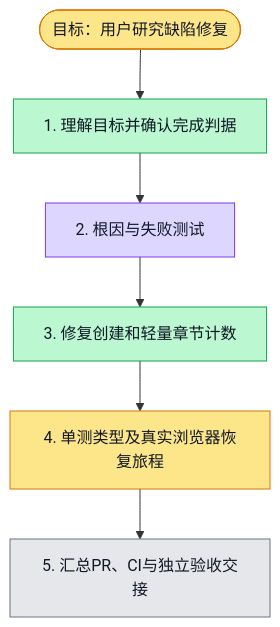
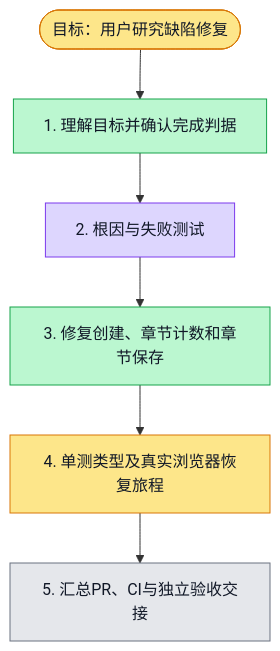
Before and after one commit to boardx/workspacex: the diagram in docs/verification/5056-research-fixes-plan.md, drawn with Mermaid. The commit also changed other lines of this file and 6 other files, not shown here.

````diff
--- a/docs/verification/5056-research-fixes-plan.md
+++ b/docs/verification/5056-research-fixes-plan.md
@@ -17,25 +17,25 @@
 ```mermaid
 flowchart TD
   G([目标：用户研究缺陷修复])
   S1[1. 理解目标并确认完成判据]
   S2[2. 根因与失败测试]
-  S3[3. 修复创建和轻量章节计数]
+  S3[3. 修复创建、章节计数和章节保存]
   S4[4. 单测类型及真实浏览器恢复旅程]
   S5[5. 汇总PR、CI与独立验收交接]
 
   G --> S1 --> S2 --> S3 --> S4 --> S5
 
   classDef todo fill:#e5e7eb,stroke:#6b7280,color:#111827
   classDef doing fill:#fde68a,stroke:#d97706,color:#111827
   classDef done fill:#bbf7d0,stroke:#16a34a,color:#111827
   classDef tested fill:#ddd6fe,stroke:#7c3aed,color:#111827
   classDef blocked fill:#fecaca,stroke:#dc2626,color:#111827
 
   class G doing
   class S1 done
   class S2 tested
   %% evidence S2: 创建/计数修复前失败测试已运行，实际验收见 #5056
   class S3 done
   class S4 doing
   class S5 todo
 ```
````
